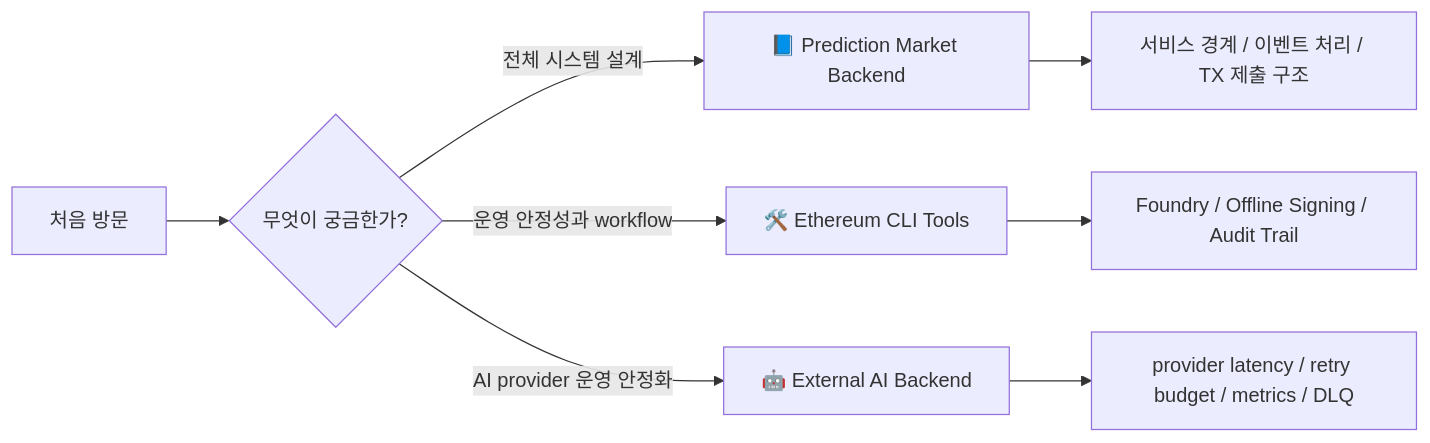
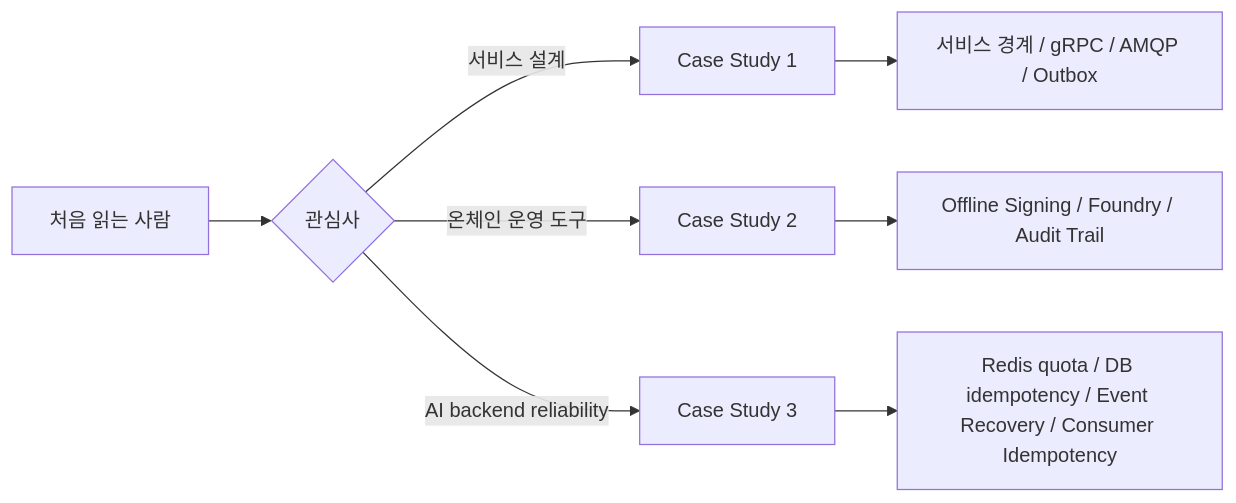
Before and after one commit to bang9ming9/bang9ming9: the sixth of 6 diagrams in README.md, drawn with Mermaid. The commit also changed other lines of this file and 1 other file, not shown here.

First line of the commit message:
[codex] Update AI backend reliability docs (#3)

````diff
--- a/README.md
+++ b/README.md
@@ -245,10 +259,11 @@
 ```mermaid
 flowchart LR
-    A[처음 방문] --> B{무엇이 궁금한가?}
-    B -->|전체 시스템 설계| C[📘 Prediction Market Backend]
-    B -->|운영 안정성과 workflow| D[🛠️ Ethereum CLI Tools]
-    B -->|AI provider 운영 안정화| G[🤖 External AI Backend]
-    C --> E[서비스 경계 / 이벤트 처리 / TX 제출 구조]
-    D --> F[Foundry / Offline Signing / Audit Trail]
-    G --> H[provider latency / retry budget / metrics / DLQ]
+    A[처음 읽는 사람] --> B{관심사}
+    B -->|서비스 설계| C[Case Study 1]
+    B -->|온체인 운영 도구| D[Case Study 2]
+    B -->|AI backend reliability| E[Case Study 3]
+
+    C --> C1[서비스 경계 / gRPC / AMQP / Outbox]
+    D --> D1[Offline Signing / Foundry / Audit Trail]
+    E --> E1[Redis quota / DB idempotency / Event Recovery / Consumer Idempotency]
 ```
````
